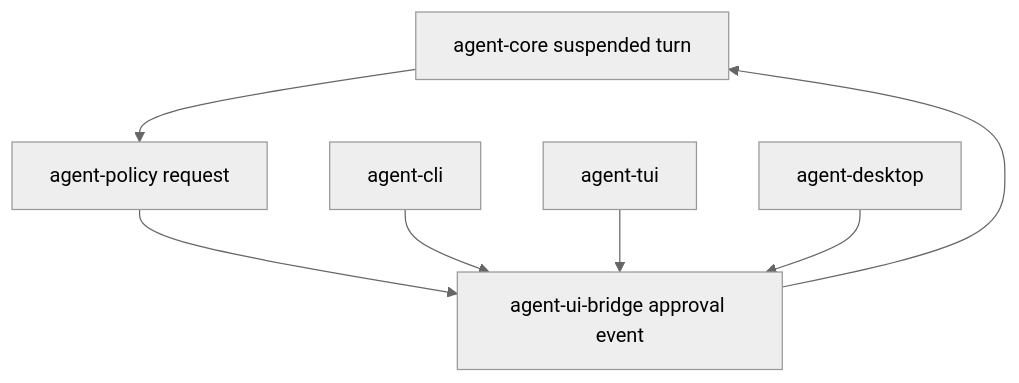
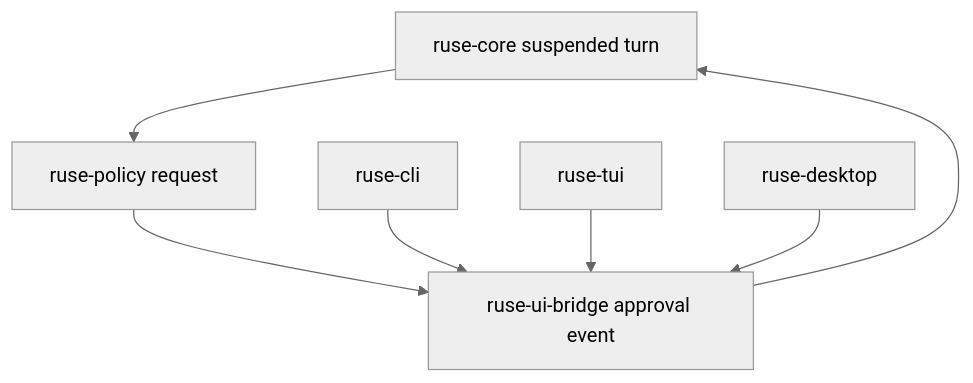
The diagram in docs/specs/M19-interactive-approval-safe-actions.spec.md (poneding/agent), drawn with Mermaid (neutral theme) before and after one commit. The commit also changed other lines of this file and 2091 other files, not shown here.

First line of the commit message:
refactor: rename agent branding to ruse

````diff
--- a/docs/specs/M19-interactive-approval-safe-actions.spec.md
+++ b/docs/specs/M19-interactive-approval-safe-actions.spec.md
@@ -33,9 +33,9 @@
 ```mermaid
 flowchart TD
-  Core["agent-core suspended turn"] --> Policy["agent-policy request"]
-  Policy --> Bridge["agent-ui-bridge approval event"]
-  CLI["agent-cli"] --> Bridge
-  TUI["agent-tui"] --> Bridge
-  Desktop["agent-desktop"] --> Bridge
+  Core["ruse-core suspended turn"] --> Policy["ruse-policy request"]
+  Policy --> Bridge["ruse-ui-bridge approval event"]
+  CLI["ruse-cli"] --> Bridge
+  TUI["ruse-tui"] --> Bridge
+  Desktop["ruse-desktop"] --> Bridge
   Bridge --> Core
 ```
````
